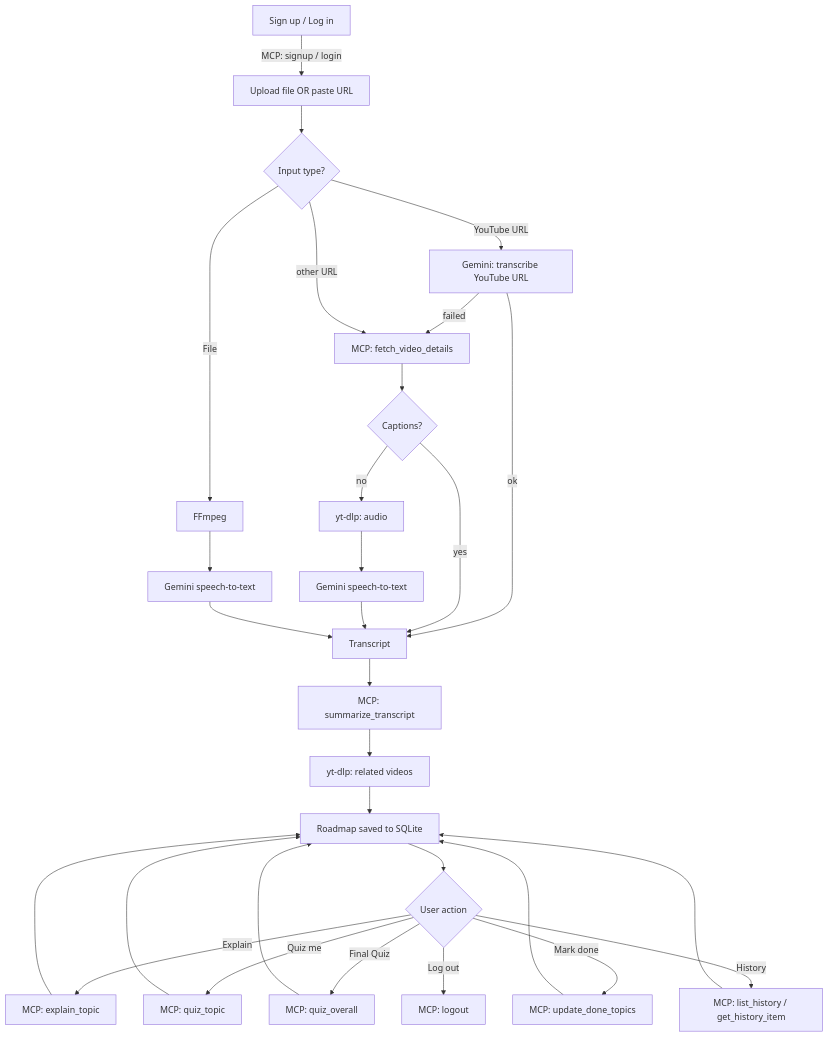
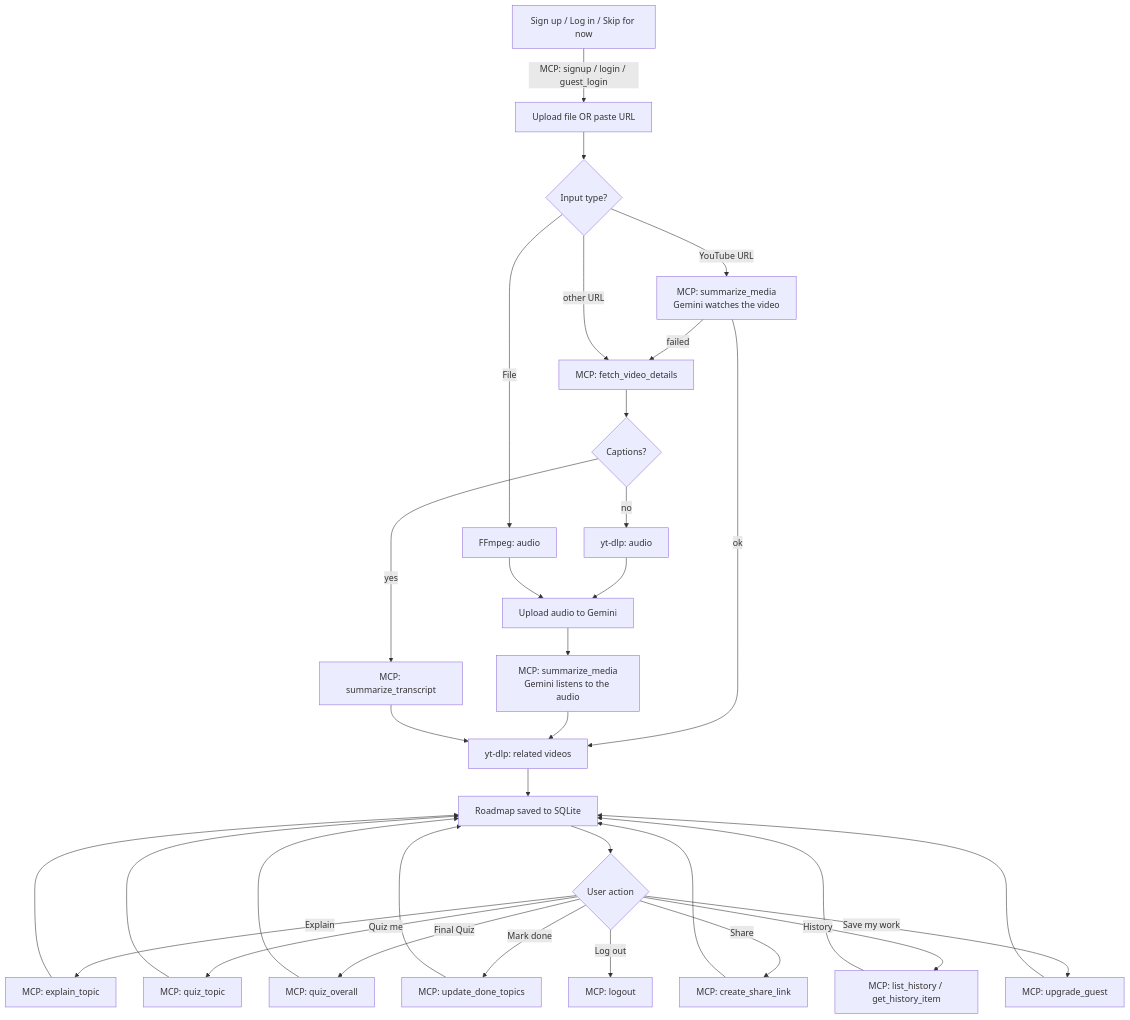
The first of 2 diagrams in README.md (Keerthi292/AI-Video-Knowledge-Extractor), drawn with Mermaid before and after one commit. The commit also changed other lines of this file, not shown here.

Commit message:
feat: update architecture diagram and flowcharts for improved clarity and user guidance

````diff
--- a/README.md
+++ b/README.md
@@ -29,23 +41,26 @@
 ```mermaid
 flowchart TD
-    Z[Sign up / Log in] -->|MCP: signup / login| A[Upload file OR paste URL]
+    Z[Sign up / Log in / Skip for now] -->|MCP: signup / login / guest_login| A[Upload file OR paste URL]
     A --> B{Input type?}
-    B -- YouTube URL --> Y[Gemini: transcribe YouTube URL]
-    Y -- ok --> E
+    B -- YouTube URL --> Y[MCP: summarize_media<br/>Gemini watches the video]
+    Y -- ok --> K
     Y -- failed --> C
     B -- other URL --> C[MCP: fetch_video_details]
     C --> D{Captions?}
-    D -- yes --> E[Transcript]
-    D -- no --> F[yt-dlp: audio] --> G[Gemini speech-to-text] --> E
-    B -- File --> H[FFmpeg] --> I[Gemini speech-to-text] --> E
-    E --> J[MCP: summarize_transcript]
+    D -- yes --> J[MCP: summarize_transcript]
+    D -- no --> F[yt-dlp: audio] --> U
+    B -- File --> H[FFmpeg: audio] --> U[Upload audio to Gemini]
+    U --> V[MCP: summarize_media<br/>Gemini listens to the audio]
+    V --> K
     J --> K[yt-dlp: related videos]
     K --> L[Roadmap saved to SQLite]
     L --> M{User action}
     M -- Explain --> N[MCP: explain_topic] --> L
     M -- Quiz me --> O[MCP: quiz_topic] --> L
     M -- Final Quiz --> P[MCP: quiz_overall] --> L
     M -- Mark done --> Q[MCP: update_done_topics] --> L
+    M -- Share --> SH[MCP: create_share_link] --> L
     M -- History --> R[MCP: list_history / get_history_item] --> L
+    M -- Save my work --> SG[MCP: upgrade_guest] --> L
     M -- Log out --> S[MCP: logout]
 ```
````
